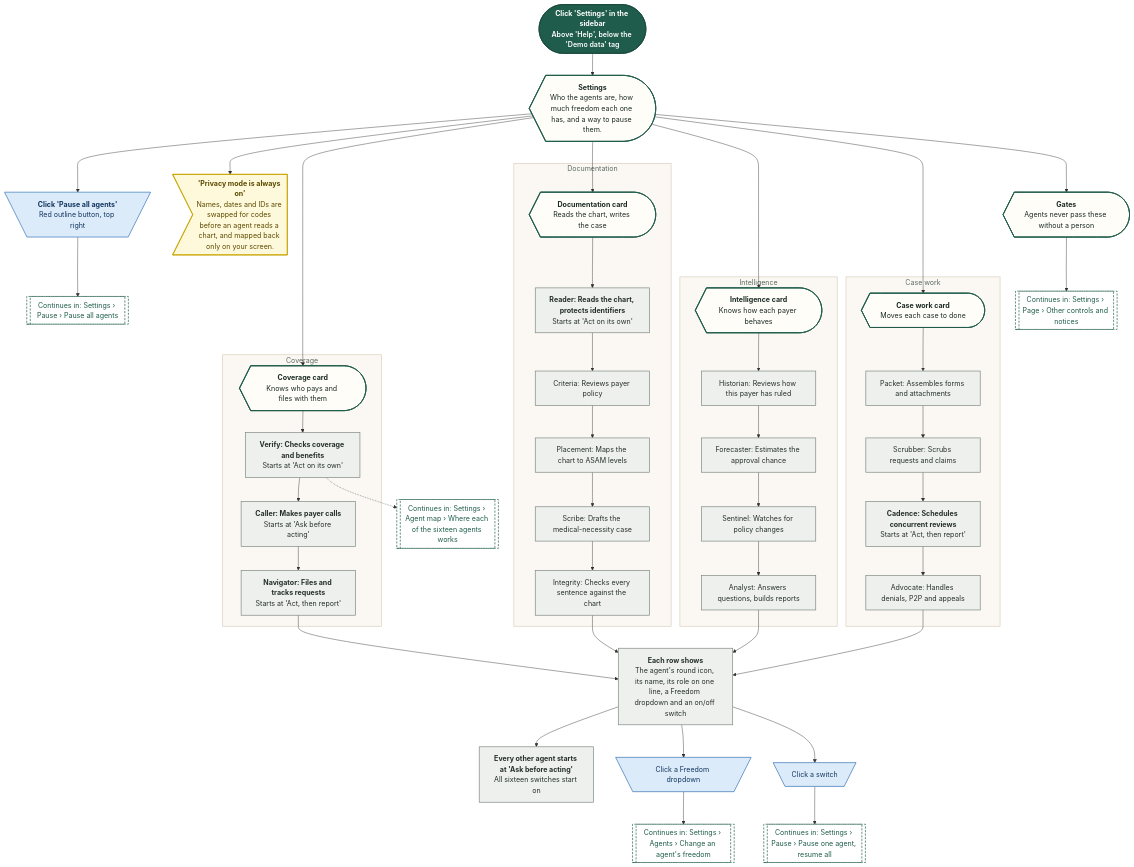
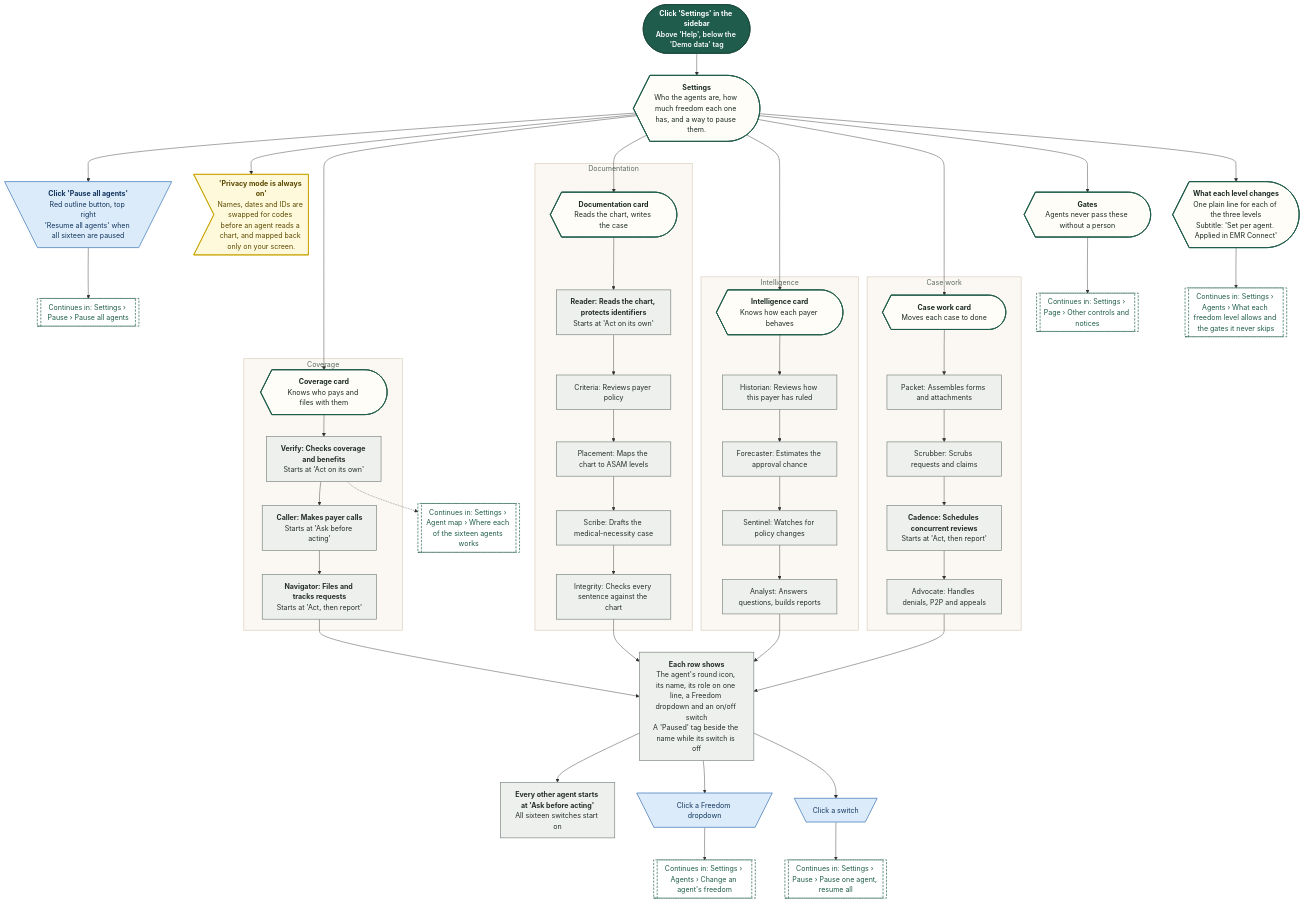
Before and after one commit to Shrav143/psyfloapp: the first of 10 diagrams in demos/prior-auth-demo/workflows/out/md/11-settings.md, drawn with Mermaid. The commit also changed other lines of this file and 195 other files, not shown here.

First line of the commit message:
docs: Rebuild workflow diagrams after the demo fixes (220 diagrams)

```diff
--- a/demos/prior-auth-demo/workflows/out/md/11-settings.md
+++ b/demos/prior-auth-demo/workflows/out/md/11-settings.md
@@ -33,10 +33,12 @@
   classDef k_goto fill:#FFFFFF,stroke:#1F5C4B,color:#1F5C4B,stroke-width:1.5px,stroke-dasharray:5 3
   s1@{ shape: stadium, label: "<b>Click 'Settings' in the sidebar</b><br/>Above 'Help', below the 'Demo data' tag" }
   p1@{ shape: curv-trap, label: "<b>Settings</b><br/>Who the agents are, how much freedom each one has, and a way to pause them." }
-  hb@{ shape: trap-t, label: "<b>Click 'Pause all agents'</b><br/>Red outline button, top right" }
+  hb@{ shape: trap-t, label: "<b>Click 'Pause all agents'</b><br/>Red outline button, top right<br/>'Resume all agents' when all sixteen are paused" }
   g1@{ shape: subproc, label: "Continues in: Settings › Pause › Pause all agents" }
   bn@{ shape: odd, label: "<b>'Privacy mode is always on'</b><br/>Names, dates and IDs are swapped for codes before an agent reads a chart, and mapped back only on your screen." }
   gates@{ shape: curv-trap, label: "<b>Gates</b><br/>Agents never pass these without a person" }
+  lv@{ shape: curv-trap, label: "<b>What each level changes</b><br/>One plain line for each of the three levels<br/>Subtitle: 'Set per agent. Applied in EMR Connect'" }
+  g6@{ shape: subproc, label: "Continues in: Settings › Agents › What each freedom level allows and the gates it never skips" }
   g2@{ shape: subproc, label: "Continues in: Settings › Page › Other controls and notices" }
   subgraph gCov ["Coverage"]
   c0@{ shape: curv-trap, label: "<b>Coverage card</b><br/>Knows who pays and files with them" }
@@ -66,7 +68,7 @@
   k3@{ shape: rect, label: "<b>Cadence: Schedules concurrent reviews</b><br/>Starts at 'Act, then report'" }
   k4@{ shape: rect, label: "Advocate: Handles denials, P2P and appeals" }
   end
-  row@{ shape: rect, label: "<b>Each row shows</b><br/>The agent's round icon, its name, its role on one line, a Freedom dropdown and an on/off switch" }
+  row@{ shape: rect, label: "<b>Each row shows</b><br/>The agent's round icon, its name, its role on one line, a Freedom dropdown and an on/off switch<br/>A 'Paused' tag beside the name while its switch is off" }
   st@{ shape: rect, label: "<b>Every other agent starts at 'Ask before acting'</b><br/>All sixteen switches start on" }
   fz@{ shape: trap-t, label: "Click a Freedom dropdown" }
   sw@{ shape: trap-t, label: "Click a switch" }
@@ -93,11 +95,12 @@
   row --> fz --> g3
   row --> sw --> g4
   p1 --> gates --> g2
+  p1 --> lv --> g6
   c1 -.-> g5
   class s1 k_start
-  class p1,gates,c0,d0,i0,k0 k_screen
+  class p1,gates,lv,c0,d0,i0,k0 k_screen
   class hb,fz,sw k_click
-  class g1,g2,g3,g4,g5 k_goto
+  class g1,g6,g2,g3,g4,g5 k_goto
   class bn k_toast
   class c1,c2,c3,d1,d2,d3,d4,d5,i1,i2,i3,i4,k1,k2,k3,k4,row,st k_process
   style gCov fill:#FBF8F3,stroke:#D9CDBB,stroke-width:1.5px,color:#5B6B63
```
